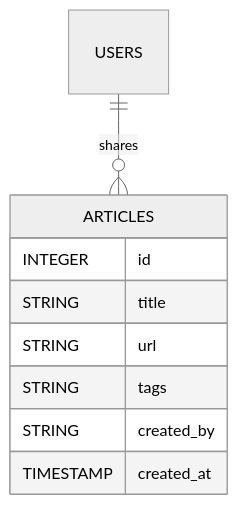
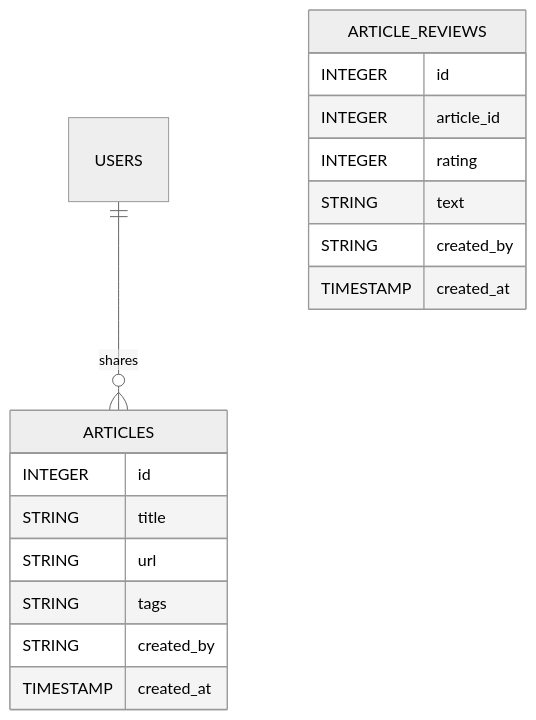
One commit to JustinMelger/Upstream changed diagram 15 of 15 in docs/architecture_backend.md. Above: the diagram before and after it, drawn with Mermaid (neutral theme). The commit also changed other lines of this file and 58 other files, not shown here.

````diff
--- a/docs/architecture_backend.md
+++ b/docs/architecture_backend.md
@@ -513,12 +673,20 @@
 ```mermaid
 erDiagram
   USERS ||--o{ ARTICLES : "shares"
   ARTICLES {
     INTEGER id
     STRING title
     STRING url
     STRING tags
     STRING created_by
     TIMESTAMP created_at
   }
+  ARTICLE_REVIEWS {
+    INTEGER id
+    INTEGER article_id
+    INTEGER rating
+    STRING text
+    STRING created_by
+    TIMESTAMP created_at
+  }
 ```
````
